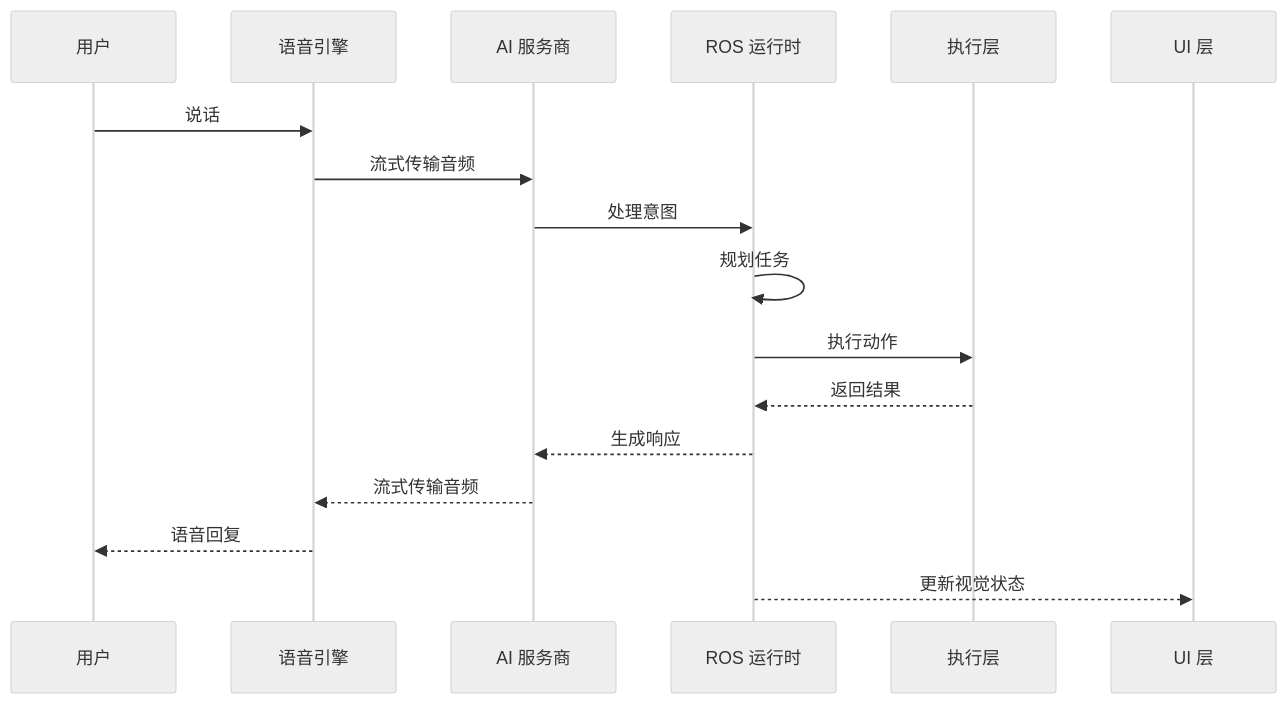
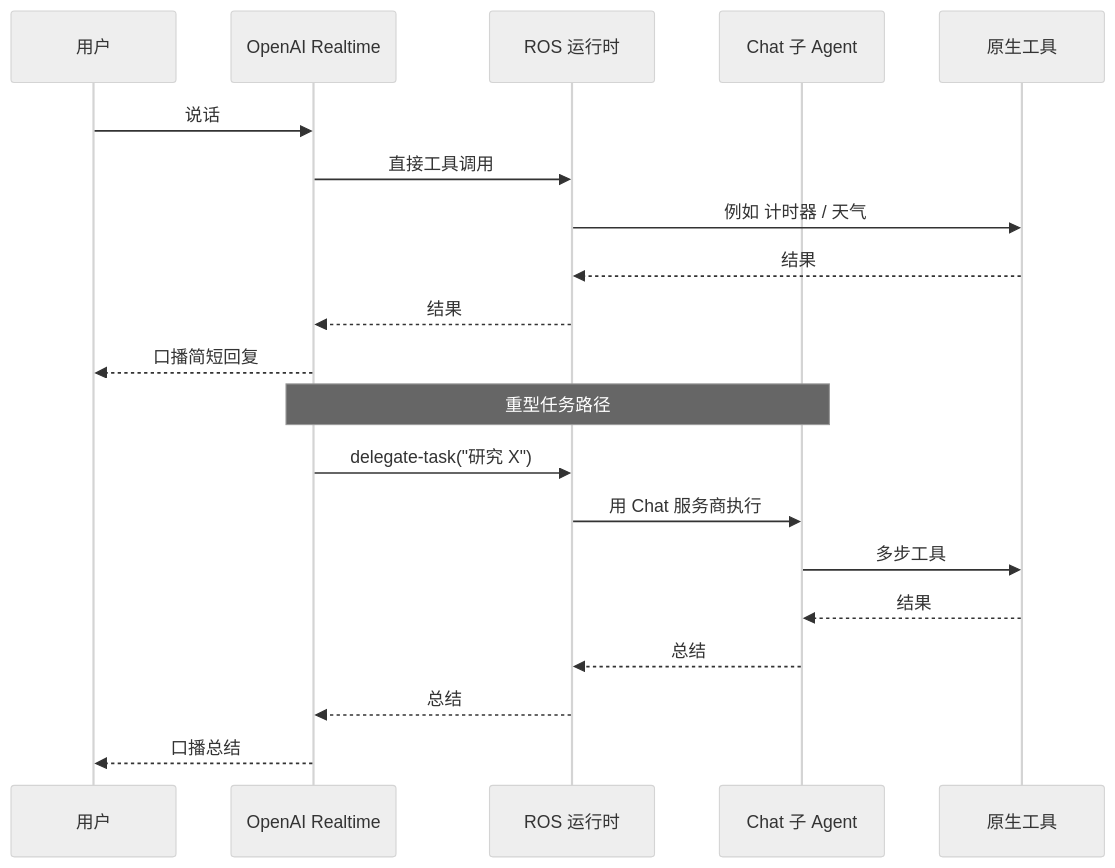
The second of 4 diagrams in i18n/zh-Hans/docusaurus-plugin-content-docs/current/architecture.md (openrocky/openrocky.github.io), drawn with Mermaid (neutral theme) before and after one commit. The commit also changed other lines of this file and 7 other files, not shown here.

First line of the commit message:
docs: sync to single-track voice architecture

````diff
--- a/i18n/zh-Hans/docusaurus-plugin-content-docs/current/architecture.md
+++ b/i18n/zh-Hans/docusaurus-plugin-content-docs/current/architecture.md
@@ -55,20 +63,24 @@
 ```mermaid
 sequenceDiagram
     participant User as 用户
-    participant Voice as 语音引擎
-    participant AI as AI 服务商
+    participant RT as OpenAI Realtime
     participant ROS as ROS 运行时
-    participant Exec as 执行层
-    participant UI as UI 层
+    participant Sub as Chat 子 Agent
+    participant Tools as 原生工具
 
-    User->>Voice: 说话
-    Voice->>AI: 流式传输音频
-    AI->>ROS: 处理意图
-    ROS->>ROS: 规划任务
-    ROS->>Exec: 执行动作
-    Exec-->>ROS: 返回结果
-    ROS-->>AI: 生成响应
-    AI-->>Voice: 流式传输音频
-    Voice-->>User: 语音回复
-    ROS-->>UI: 更新视觉状态
+    User->>RT: 说话
+    RT->>ROS: 直接工具调用
+    ROS->>Tools: 例如 计时器 / 天气
+    Tools-->>ROS: 结果
+    ROS-->>RT: 结果
+    RT-->>User: 口播简短回复
+
+    Note over RT,Sub: 重型任务路径
+    RT->>ROS: delegate-task("研究 X")
+    ROS->>Sub: 用 Chat 服务商执行
+    Sub->>Tools: 多步工具
+    Tools-->>Sub: 结果
+    Sub-->>ROS: 总结
+    ROS-->>RT: 总结
+    RT-->>User: 口播总结
 ```
````
